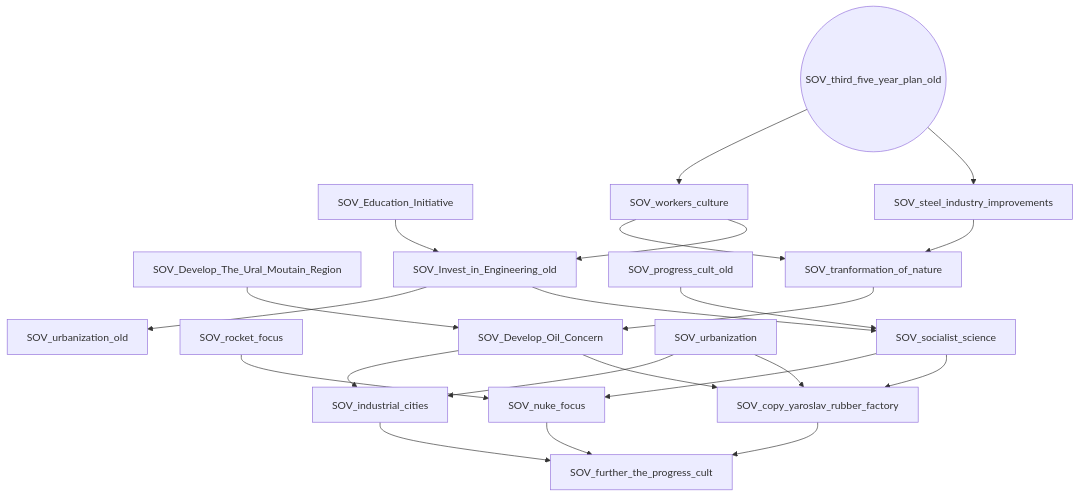
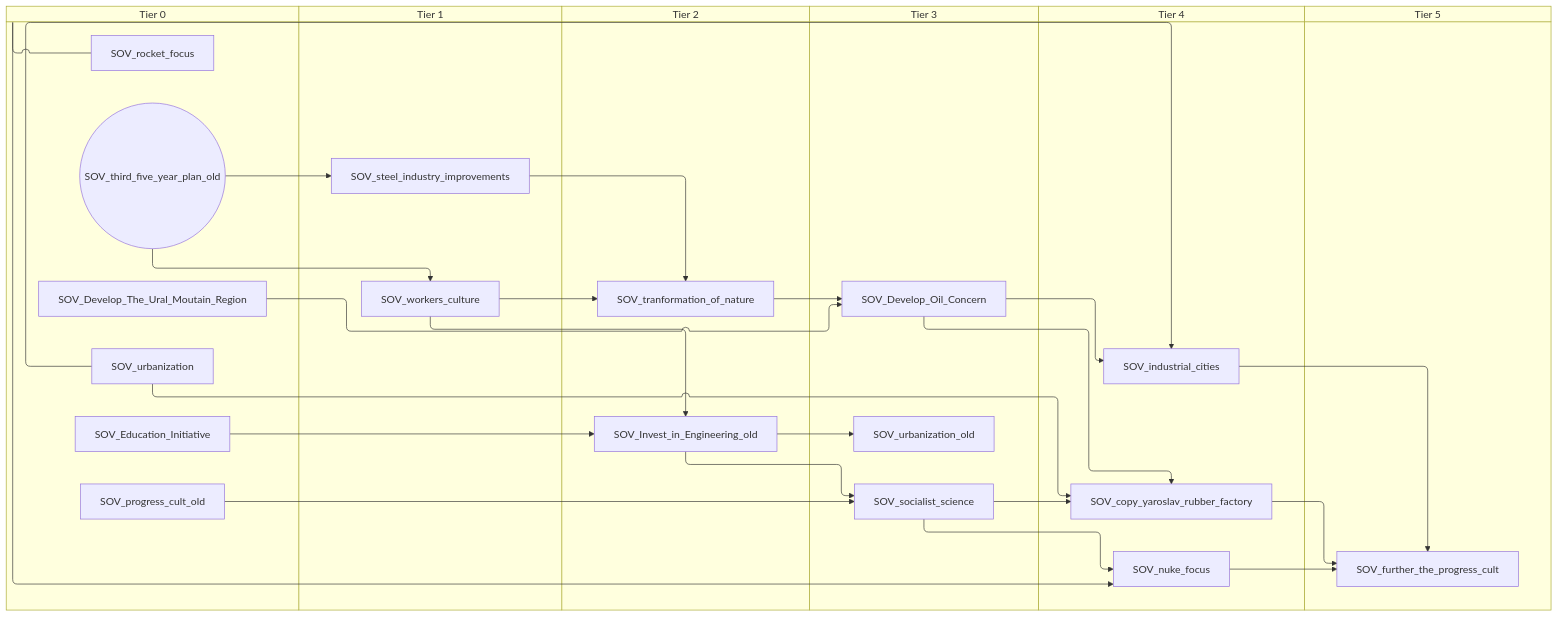
Before and after one commit to evgeny-sobol/hoi4-sandbox-mode-r56: the ninth of 10 diagrams in docs/gdd/National Focuses/soviet_old.md, drawn with Mermaid. The commit also changed other lines of this file and 423 other files, not shown here.

First line of the commit message:
Re-export Rt56 focus trees as swimlane diagrams

````diff
--- a/docs/gdd/National Focuses/soviet_old.md
+++ b/docs/gdd/National Focuses/soviet_old.md
@@ -710,41 +830,53 @@
 ```mermaid
-flowchart TD
-    n1["SOV_Develop_Oil_Concern"]
-    n16["SOV_Develop_The_Ural_Moutain_Region"]
-    n2["SOV_Education_Initiative"]
-    n3["SOV_Invest_in_Engineering_old"]
-    n6["SOV_copy_yaroslav_rubber_factory"]
-    n7["SOV_further_the_progress_cult"]
-    n8["SOV_industrial_cities"]
-    n9["SOV_nuke_focus"]
-    n10["SOV_progress_cult_old"]
-    n11["SOV_rocket_focus"]
-    n12["SOV_socialist_science"]
-    n187["SOV_steel_industry_improvements"]
-    n188(("SOV_third_five_year_plan_old"))
-    n23["SOV_tranformation_of_nature"]
-    n13["SOV_urbanization"]
-    n14["SOV_urbanization_old"]
-    n15["SOV_workers_culture"]
-    n23 --> n1
-    n16 --> n1
-    n15 --> n3
-    n2 --> n3
-    n12 --> n6
-    n13 --> n6
-    n1 --> n6
-    n8 --> n7
-    n9 --> n7
-    n6 --> n7
-    n13 --> n8
-    n1 --> n8
-    n12 --> n9
-    n11 --> n9
-    n10 --> n12
-    n3 --> n12
-    n188 --> n187
-    n187 --> n23
-    n15 --> n23
-    n3 --> n14
-    n188 --> n15
+swimlane-beta TD
+    subgraph tier_0["Tier 0"]
+        n20["SOV_Develop_The_Ural_Moutain_Region"]
+        n6["SOV_Education_Initiative"]
+        n9["SOV_progress_cult_old"]
+        n10["SOV_rocket_focus"]
+        n187(("SOV_third_five_year_plan_old"))
+        n4["SOV_urbanization"]
+    end
+    subgraph tier_1["Tier 1"]
+        n188["SOV_steel_industry_improvements"]
+        n5["SOV_workers_culture"]
+    end
+    subgraph tier_2["Tier 2"]
+        n8["SOV_Invest_in_Engineering_old"]
+        n17["SOV_tranformation_of_nature"]
+    end
+    subgraph tier_3["Tier 3"]
+        n1["SOV_Develop_Oil_Concern"]
+        n11["SOV_socialist_science"]
+        n12["SOV_urbanization_old"]
+    end
+    subgraph tier_4["Tier 4"]
+        n13["SOV_copy_yaroslav_rubber_factory"]
+        n3["SOV_industrial_cities"]
+        n14["SOV_nuke_focus"]
+    end
+    subgraph tier_5["Tier 5"]
+        n15["SOV_further_the_progress_cult"]
+    end
+    n17 --> n1
+    n20 --> n1
+    n5 --> n8
+    n6 --> n8
+    n11 --> n13
+    n4 --> n13
+    n1 --> n13
+    n3 --> n15
+    n14 --> n15
+    n13 --> n15
+    n4 --> n3
+    n1 --> n3
+    n11 --> n14
+    n10 --> n14
+    n9 --> n11
+    n8 --> n11
+    n187 --> n188
+    n188 --> n17
+    n5 --> n17
+    n8 --> n12
+    n187 --> n5
 ```
````
